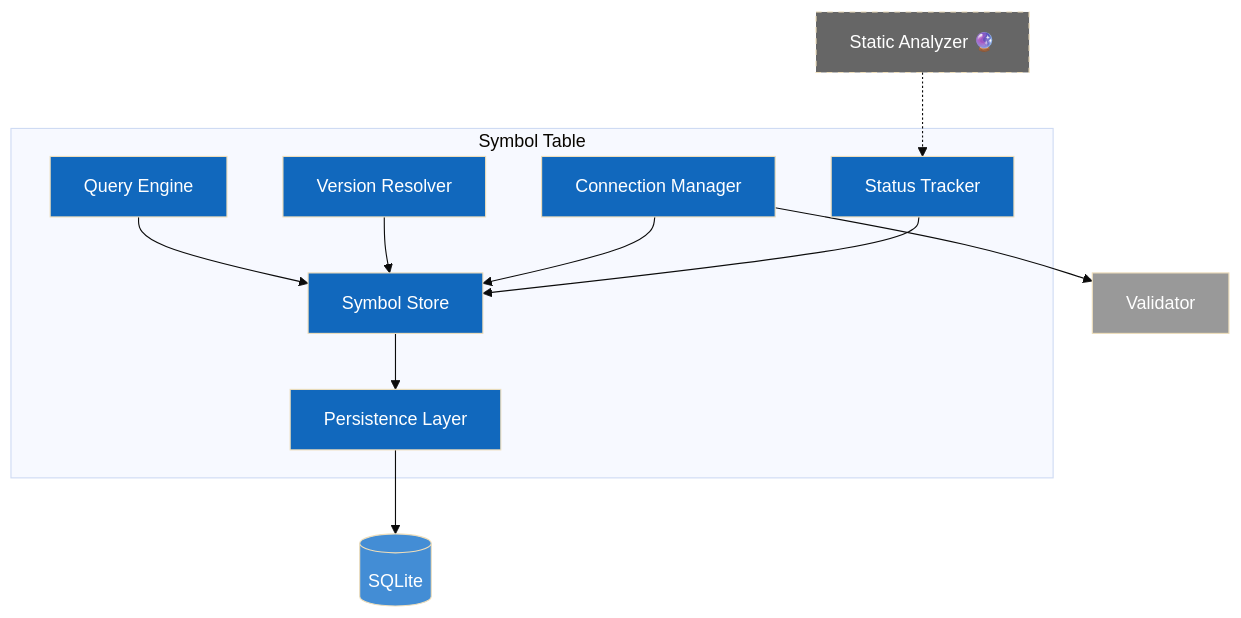
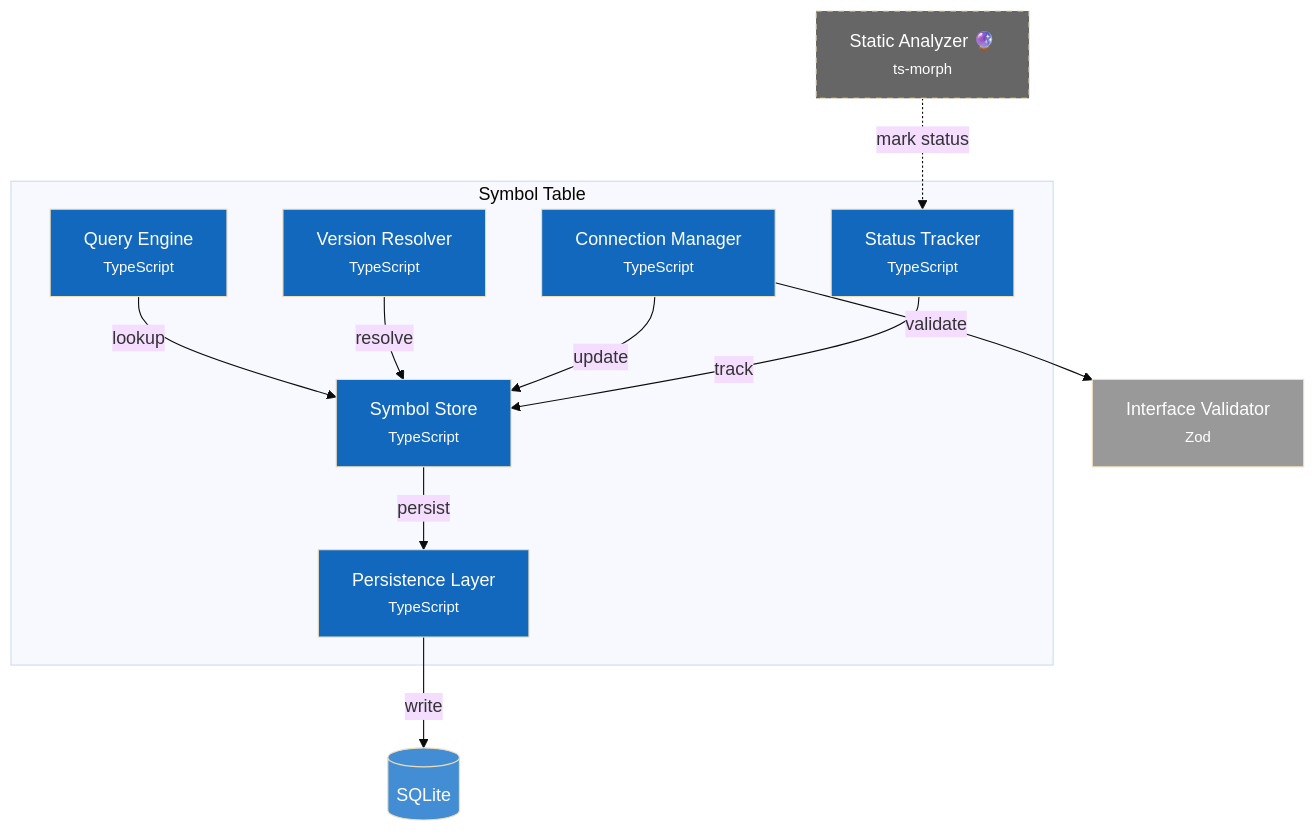
One commit to louipr/cyrus-code changed the diagram in docs/c4/3-component.md. Above: the diagram before and after it, drawn with Mermaid (base theme).

Commit message:
fix(c4): improve Level 3 Component diagram per C4 best practices
- Add technology annotations to all components (TypeScript, Zod, ts-morph)
- Add relationship labels to all arrows (lookup, resolve, update, etc.)
- Use full container name "Interface Validator" instead of "Validator"
- Keep Data Flow section (appropriate for L3 internal component collaboration)

Consistent with Level 2 Container diagram standards.

🤖 Generated with [Claude Code](https://claude.com/claude-code)

````diff
--- a/docs/c4/3-component.md
+++ b/docs/c4/3-component.md
@@ -13,31 +13,31 @@
 ```mermaid
 flowchart TD
     subgraph st ["Symbol Table"]
-        store["Symbol Store"]
-        query["Query Engine"]
-        version["Version Resolver"]
-        conn["Connection Manager"]
-        status["Status Tracker"]
-        persist["Persistence Layer"]
+        store["Symbol Store<br/><small>TypeScript</small>"]
+        query["Query Engine<br/><small>TypeScript</small>"]
+        version["Version Resolver<br/><small>TypeScript</small>"]
+        conn["Connection Manager<br/><small>TypeScript</small>"]
+        status["Status Tracker<br/><small>TypeScript</small>"]
+        persist["Persistence Layer<br/><small>TypeScript</small>"]
     end
 
-    query --> store
-    version --> store
-    conn --> store
-    status --> store
-    store --> persist
-    persist --> db[("SQLite")]
+    query -->|"lookup"| store
+    version -->|"resolve"| store
+    conn -->|"update"| store
+    status -->|"track"| store
+    store -->|"persist"| persist
+    persist -->|"write"| db[("SQLite")]
 
-    conn --> val["Validator"]
-    analyzer["Static Analyzer 🔮"] -.-> status
+    conn -->|"validate"| val["Interface Validator<br/><small>Zod</small>"]
+    analyzer["Static Analyzer 🔮<br/><small>ts-morph</small>"] -.->|"mark status"| status
 
     classDef component fill:#1168bd,color:#fff
     classDef storage fill:#438dd5,color:#fff
     classDef external fill:#999,color:#fff
     classDef planned fill:#666,color:#fff,stroke-dasharray:5
 
     class store,query,version,conn,status,persist component
     class db storage
     class val external
     class analyzer planned
 ```
````
